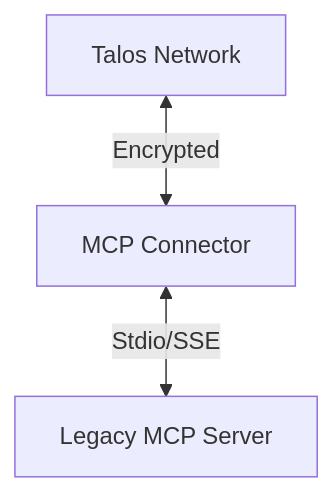
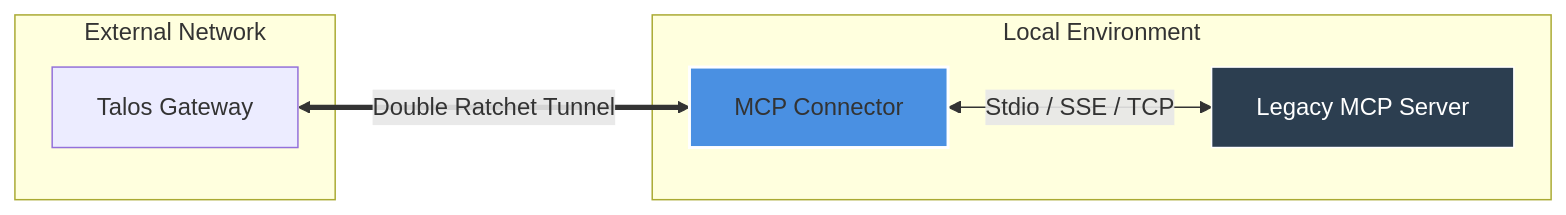
Before and after one commit to talosprotocol/talos-mcp-connector: the diagram in README.md, drawn with Mermaid. The commit also changed other lines of this file and 1 other file, not shown here.

````diff
--- a/README.md
+++ b/README.md
@@ -15,5 +19,17 @@
 ```mermaid
-graph TD
-    Network[Talos Network] <-->|Encrypted| Connector[MCP Connector]
-    Connector <-->|Stdio/SSE| Server[Legacy MCP Server]
+graph LR
+    subgraph "External Network"
+        Gateway[Talos Gateway]
+    end
+    
+    subgraph "Local Environment"
+        Connector[MCP Connector]
+        Legacy[Legacy MCP Server]
+    end
+    
+    Gateway <==>|Double Ratchet Tunnel| Connector
+    Connector <-->|Stdio / SSE / TCP| Legacy
+    
+    style Connector fill:#4a90e2,stroke:#fff,stroke-width:2px
+    style Legacy fill:#2c3e50,stroke:#fff,color:#fff
 ```
````
